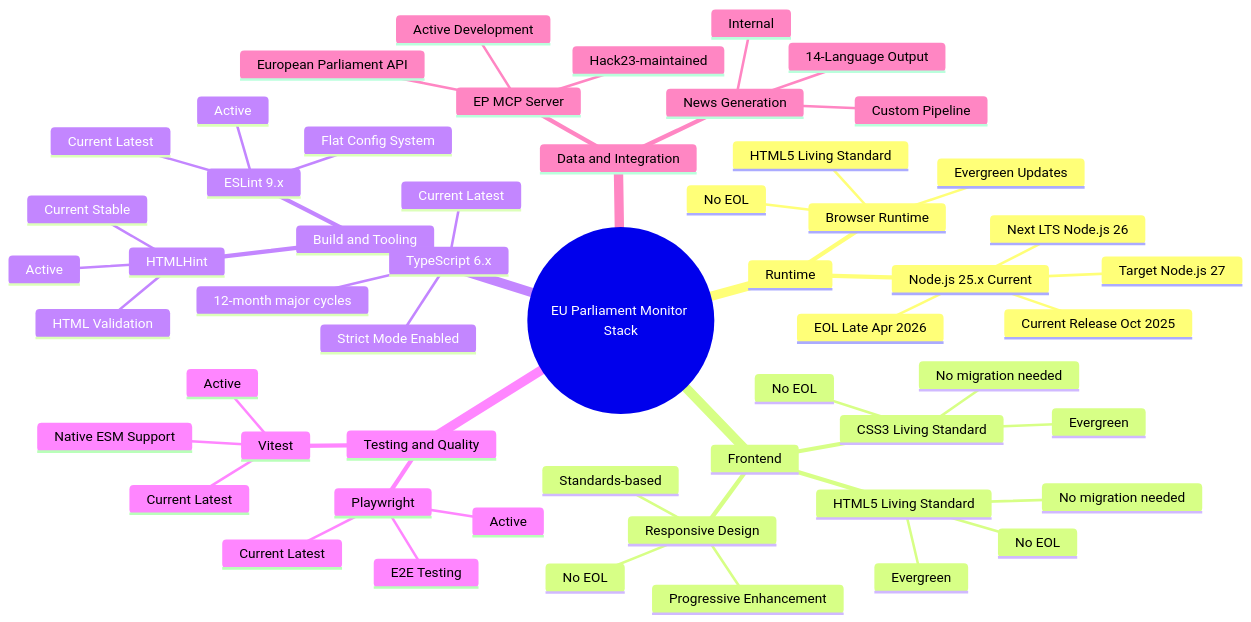
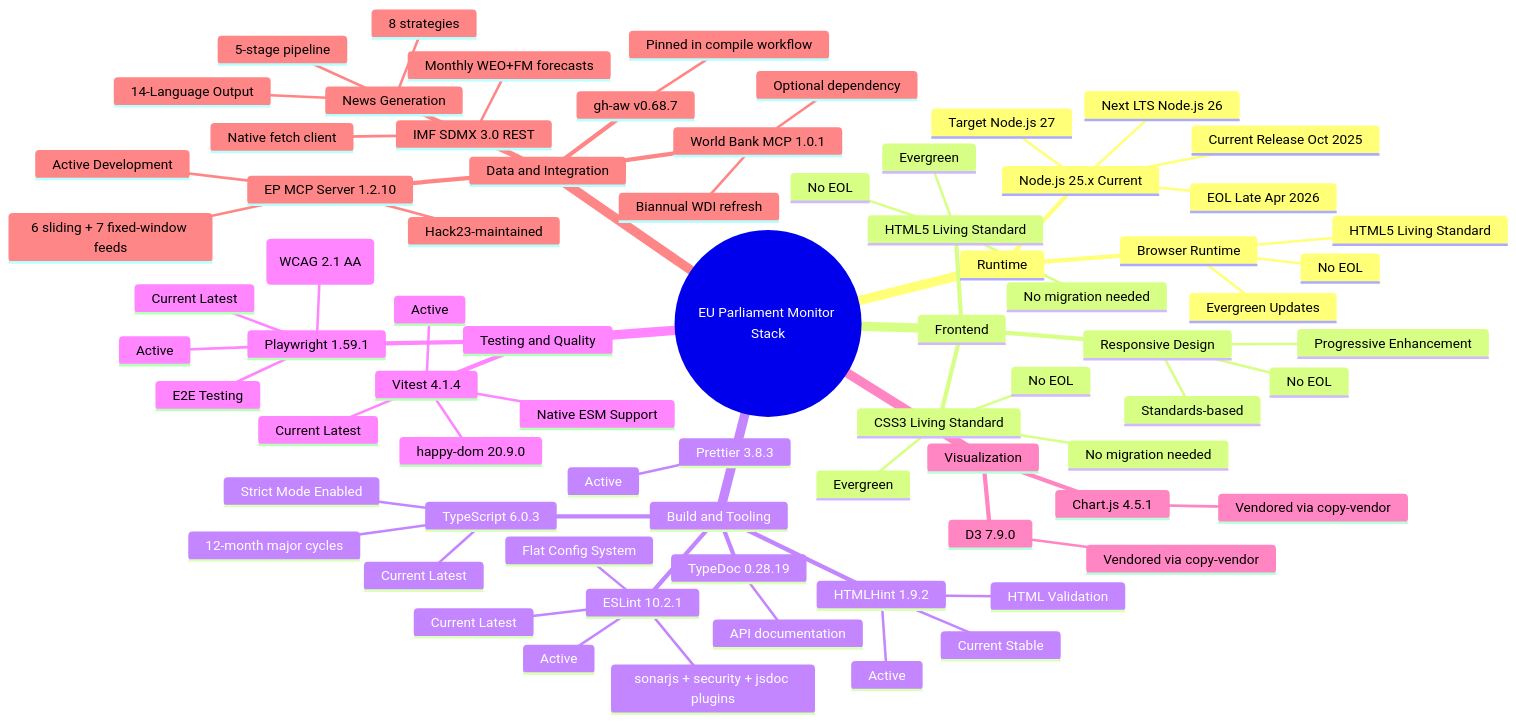
The first of 6 diagrams in End-of-Life-Strategy.md (Hack23/euparliamentmonitor), drawn with Mermaid before and after one commit. The commit also changed other lines of this file and 8 other files, not shown here.

First line of the commit message:
docs: refresh ARCHITECTURE/EOL/WORKFLOWS/DATA_MODEL + FLOWCHART/STATEDIAGRAM/MINDMAP/BCPPlan/FinancialSecurityPlan for v0.8.40

````diff
--- a/End-of-Life-Strategy.md
+++ b/End-of-Life-Strategy.md
@@ -88,58 +88,78 @@
 ```mermaid
 mindmap
   root((EU Parliament Monitor Stack))
     Runtime
       Node.js 25.x Current
         Current Release Oct 2025
         EOL Late Apr 2026
         Next LTS Node.js 26
         Target Node.js 27
       Browser Runtime
         Evergreen Updates
         No EOL
         HTML5 Living Standard
     Frontend
       HTML5 Living Standard
         Evergreen
         No EOL
         No migration needed
       CSS3 Living Standard
         Evergreen
         No EOL
         No migration needed
       Responsive Design
         Standards-based
         No EOL
         Progressive Enhancement
     Build and Tooling
-      TypeScript 6.x
+      TypeScript 6.0.3
         Current Latest
         12-month major cycles
         Strict Mode Enabled
-      ESLint 9.x
+      ESLint 10.2.1
         Current Latest
         Active
         Flat Config System
-      HTMLHint
+        sonarjs + security + jsdoc plugins
+      HTMLHint 1.9.2
         Current Stable
         Active
         HTML Validation
+      Prettier 3.8.3
+        Active
+      TypeDoc 0.28.19
+        API documentation
     Testing and Quality
-      Vitest
+      Vitest 4.1.4
         Current Latest
         Active
         Native ESM Support
-      Playwright
+        happy-dom 20.9.0
+      Playwright 1.59.1
         Current Latest
         Active
         E2E Testing
+        axe-core 4.11.2 (WCAG 2.1 AA)
+    Visualization
+      Chart.js 4.5.1
+        Vendored via copy-vendor
+      D3 7.9.0
+        Vendored via copy-vendor
     Data and Integration
-      EP MCP Server
+      EP MCP Server 1.2.10
         Active Development
         Hack23-maintained
-        European Parliament API
+        6 sliding + 7 fixed-window feeds
+      World Bank MCP 1.0.1
+        Optional dependency
+        Biannual WDI refresh
+      IMF SDMX 3.0 REST
+        Native fetch client
+        Monthly WEO+FM forecasts
+      gh-aw v0.68.7
+        Pinned in compile workflow
       News Generation
-        Custom Pipeline
-        Internal
+        5-stage pipeline
+        8 strategies
         14-Language Output
 ```
````
